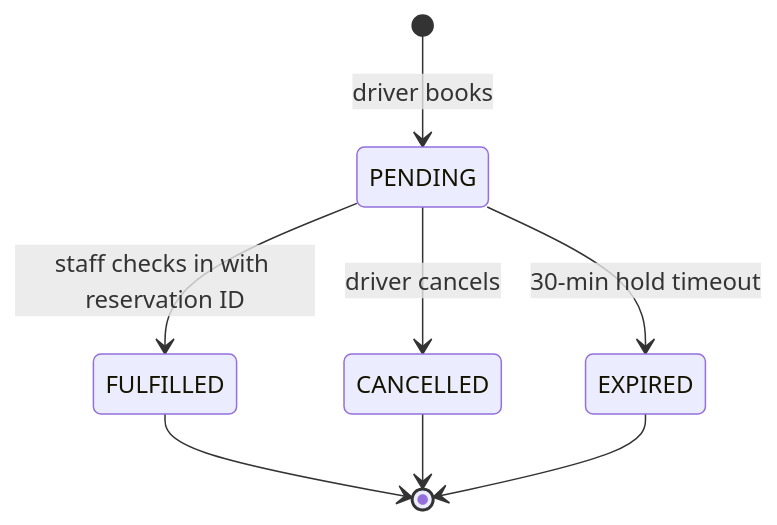
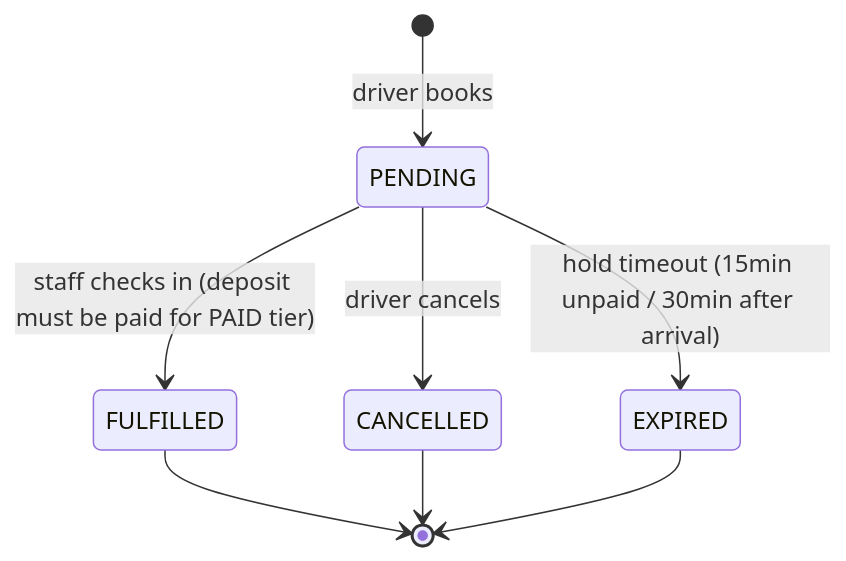
One commit to duu261/Parking-Building-Management-System changed the diagram in docs/features/reservation.md. Above: the diagram before and after it, drawn with Mermaid. The commit also changed other lines of this file and 6 other files, not shown here.

````diff
--- a/docs/features/reservation.md
+++ b/docs/features/reservation.md
@@ -19,10 +25,10 @@
 ```mermaid
 stateDiagram-v2
     [*] --> PENDING: driver books
-    PENDING --> FULFILLED: staff checks in with reservation ID
+    PENDING --> FULFILLED: staff checks in (deposit must be paid for PAID tier)
     PENDING --> CANCELLED: driver cancels
-    PENDING --> EXPIRED: 30-min hold timeout
+    PENDING --> EXPIRED: hold timeout (15min unpaid / 30min after arrival)
     FULFILLED --> [*]
     CANCELLED --> [*]
     EXPIRED --> [*]
 ```
````
